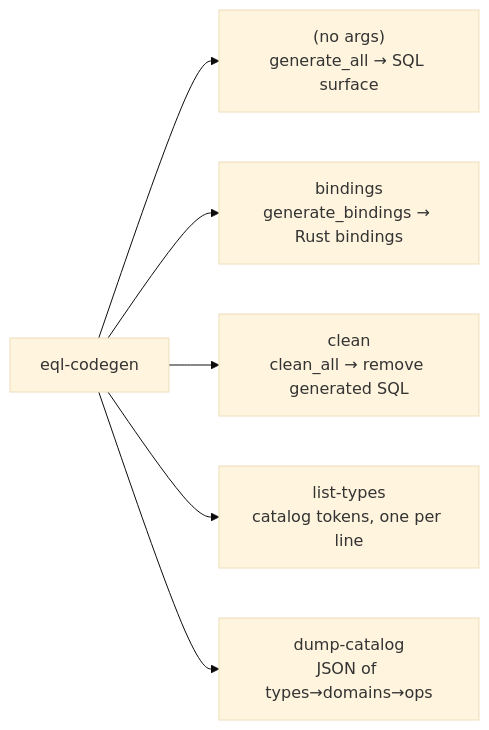
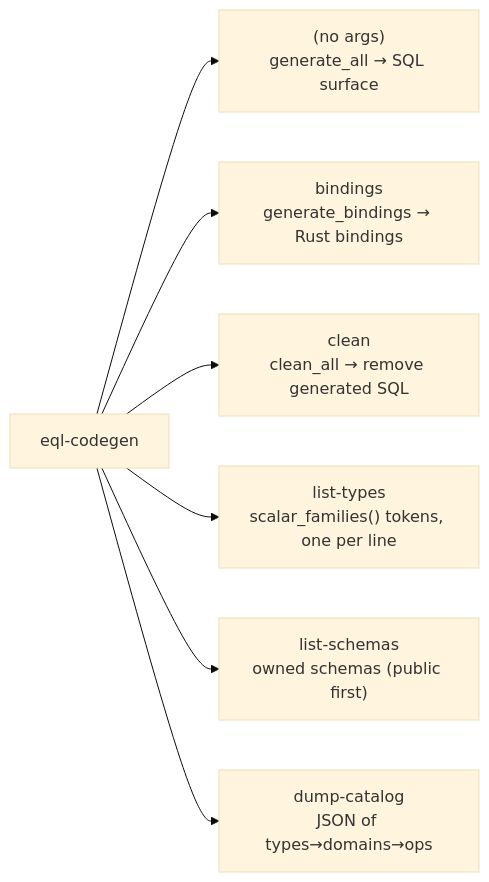
One commit to cipherstash/encrypt-query-language changed the fourth of 15 diagrams in docs/reference/catalog-driven-architecture.md. Above: the diagram before and after it, drawn with Mermaid (base theme). The commit also changed other lines of this file and 5 other files, not shown here.

````diff
--- a/docs/reference/catalog-driven-architecture.md
+++ b/docs/reference/catalog-driven-architecture.md
@@ -227,8 +235,9 @@
 ```mermaid
 flowchart LR
     CLI["eql-codegen"] --> A["(no args)<br/>generate_all → SQL surface"]
     CLI --> B["bindings<br/>generate_bindings → Rust bindings"]
     CLI --> E["clean<br/>clean_all → remove generated SQL"]
-    CLI --> C["list-types<br/>catalog tokens, one per line"]
+    CLI --> C["list-types<br/>scalar_families() tokens, one per line"]
+    CLI --> F["list-schemas<br/>owned schemas (public first)"]
     CLI --> D["dump-catalog<br/>JSON of types→domains→ops"]
 ```
````
